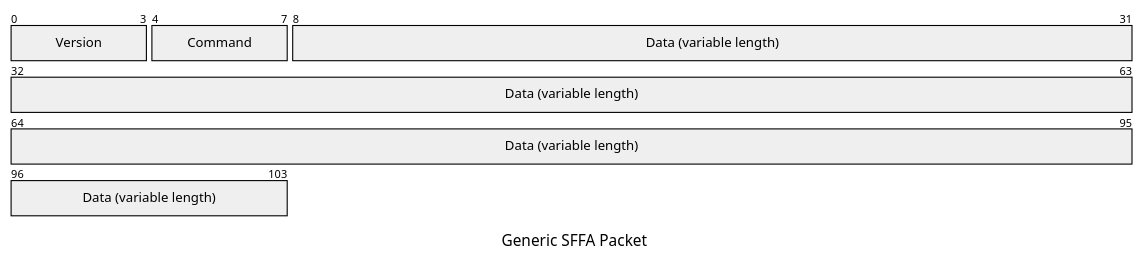
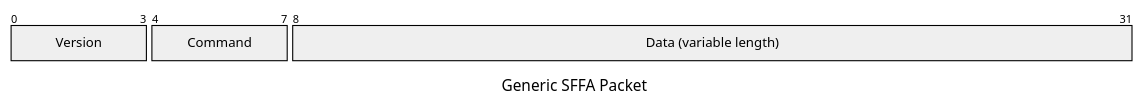
Before and after one commit to HugoDiePugo/S6-IoT: the first of 3 diagrams in README.md, drawn with Mermaid. The commit also changed other lines of this file, not shown here.

First line of the commit message:
Enhance README with packet diagrams

````diff
--- a/README.md
+++ b/README.md
@@ -10,9 +10,9 @@
 ```mermaid
 ---
 title: "Generic SFFA Packet"
 ---
 packet
 0-3: "Version"
 4-7: "Command"
-8-103: "Data (variable length)"
+8-31: "Data (variable length)"
 ```
````
